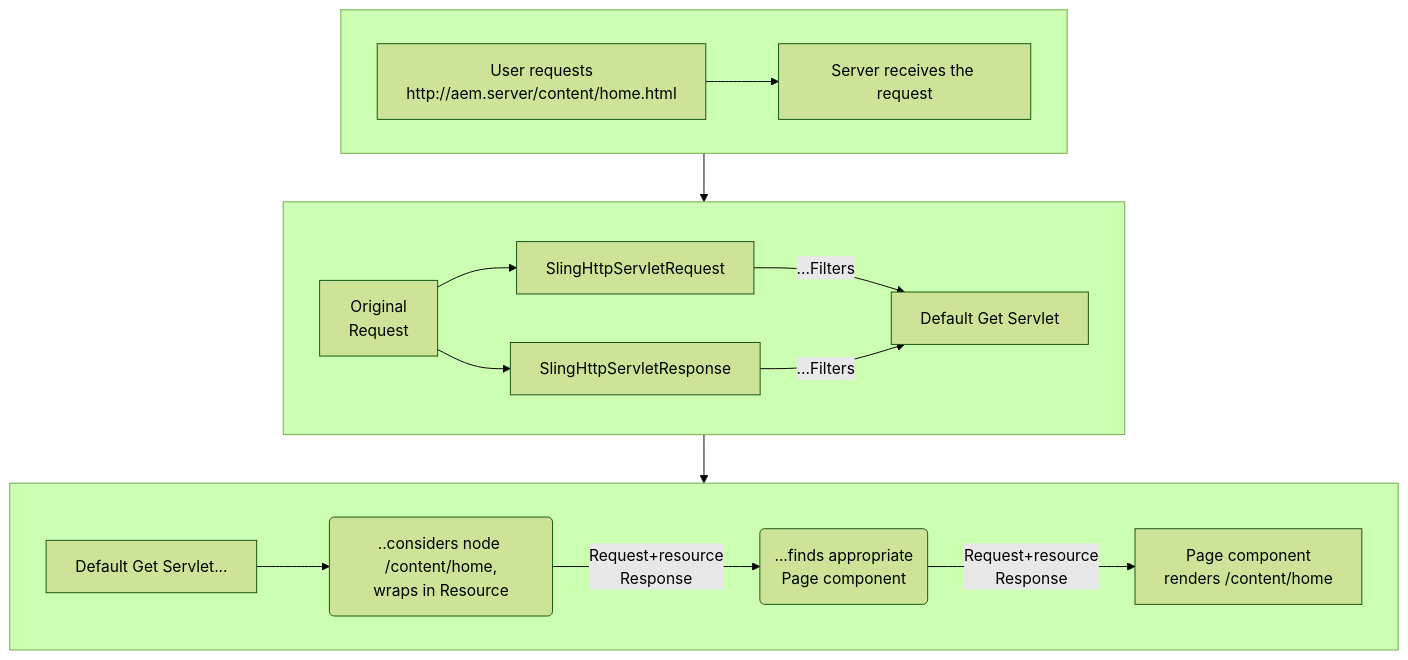
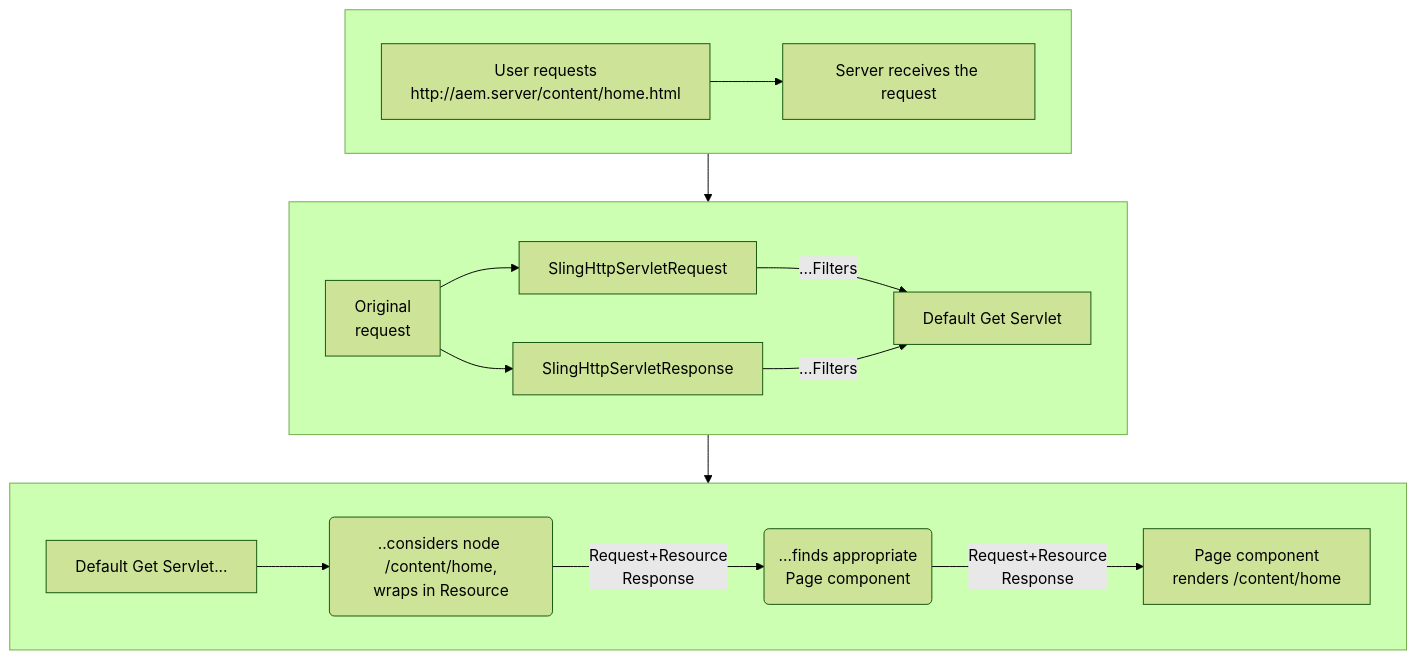
One commit to smiakchilo/aem-crash-course changed the second of 4 diagrams in lessons/2.7/part1.md. Above: the diagram before and after it, drawn with Mermaid (forest theme). The commit also changed other lines of this file, not shown here.

````diff
--- a/lessons/2.7/part1.md
+++ b/lessons/2.7/part1.md
@@ -108,21 +108,21 @@
 ```mermaid
 flowchart TD
     subgraph s1[" "]
         direction LR
         A[User requests<br>http://aem.server/content/home.html]-->B[Server receives the request]
     end
     subgraph s2[" "]
         direction LR
-        C["Original"<br>Request]-->D1[SlingHttpServletRequest]
+        C["Original"<br>request]-->D1[SlingHttpServletRequest]
         C-->D2[SlingHttpServletResponse]
         D1-->|...Filters|E[Default Get Servlet]
         D2-->|...Filters|E
     end
     subgraph s3[" "]
         direction LR
         F[Default Get Servlet...]-->G(..considers node /content/home,<br>wraps in Resource)
-        G-->|Request+resource<br>Response|H(...finds appropriate<br>Page component)
-        H-->|Request+resource<br>Response|I[Page component<br>renders /content/home]
+        G-->|Request+Resource<br>Response|H(...finds appropriate<br>Page component)
+        H-->|Request+Resource<br>Response|I[Page component<br>renders /content/home]
     end
     s1-->s2-->s3
 ```
````
